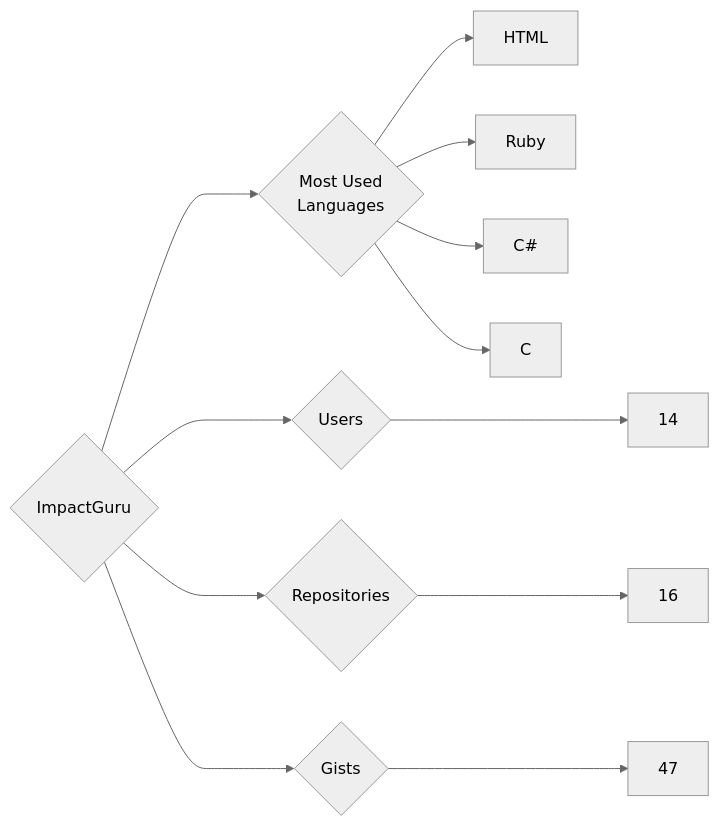
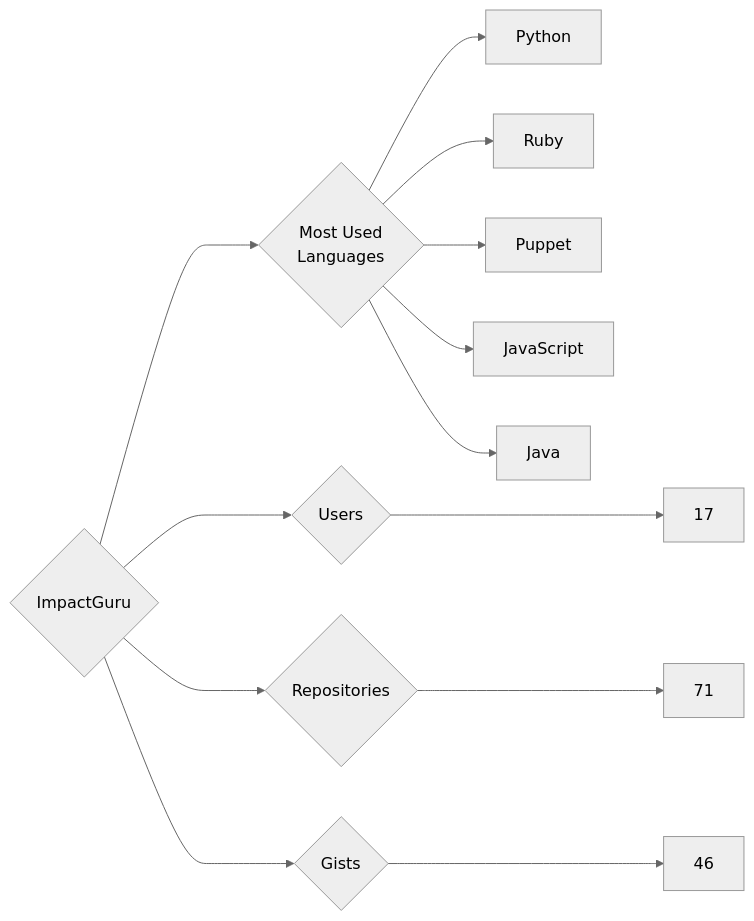
Before and after one commit to trickest/insiders: the diagram in targets/ImpactGuru/README.md, drawn with Mermaid (neutral theme). The commit also changed 930 other files, not shown here.

````diff
--- a/targets/ImpactGuru/README.md
+++ b/targets/ImpactGuru/README.md
@@ -3,12 +3,13 @@
 ```mermaid
 graph LR
 COMPANY_NAME{ImpactGuru}
-COMPANY_NAME ---> U{Users} ---> UN[14]
-COMPANY_NAME ---> R{Repositories} ---> RN[16]
-COMPANY_NAME ---> G{Gists} ---> GN[47]
+COMPANY_NAME ---> U{Users} ---> UN[17]
+COMPANY_NAME ---> R{Repositories} ---> RN[71]
+COMPANY_NAME ---> G{Gists} ---> GN[46]
 COMPANY_NAME ---> ML{Most Used<br>Languages}
-ML --> HTML[HTML]
+ML --> Python[Python]
 ML --> Ruby[Ruby]
-ML --> C#[C#]
-ML --> C[C]
+ML --> Puppet[Puppet]
+ML --> JavaScript[JavaScript]
+ML --> Java[Java]
 ```
````
